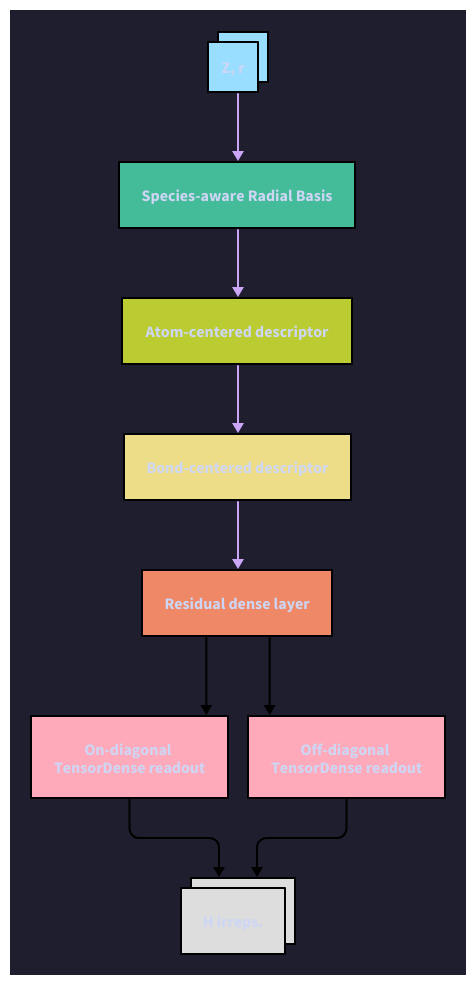
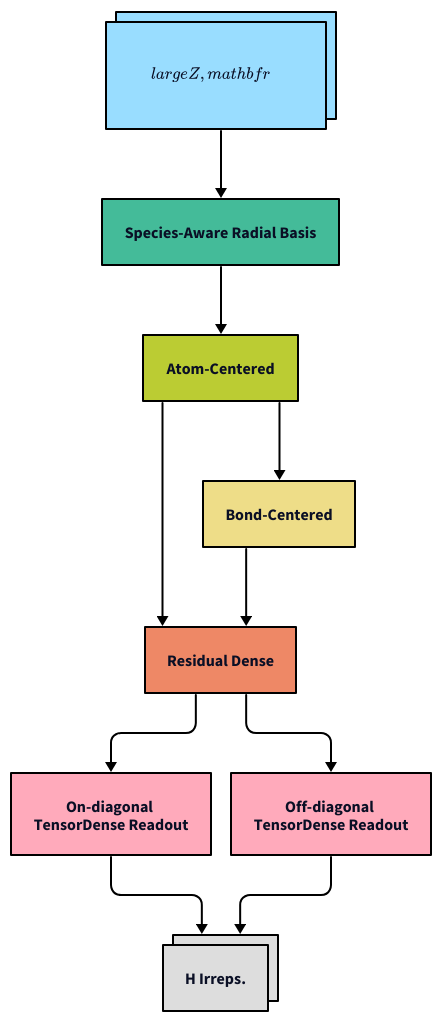
One commit to SamsungDS/gears_h changed the diagram in architecture_figures/0_overview.d2. Above: the diagram before and after it, drawn with D2. The commit also changed 5 other files, not shown here.

Commit message:
Update architecture figures

```diff
--- a/architecture_figures/0_overview.d2
+++ b/architecture_figures/0_overview.d2
@@ -1,104 +1,108 @@
 vars: {
-    d2-config: {
-      layout-engine: elk
-      theme-id: 200
-    }
+  d2-config: {
+    layout-engine: elk
+    # theme-id: 200
+    pad: 10
+  }
 }
 
 # ins: {equation: |latex 
 #         Z_i, Z_j, r_{ij}|
 # }
-ins: Z, r
-ins.class: input
-sarb: Species-aware Radial Basis {class: sarb}
-ac: Atom-centered descriptor {class: ac}
-bc: Bond-centered descriptor {class: bc}
-rd: Residual dense layer {class: rd}
-ondro: On-diagonal \nTensorDense readout {class: ro}
-offdro: Off-diagonal \nTensorDense readout {class: ro}
-outs: H irreps. {class: outs}
+ins: {
+  label: ""
+  equation: |latex
+    \large{Z,\ \mathbf{r}}
+  |
+  class: input
+}
+# ins.class: input
+sarb: Species-Aware Radial Basis {class: sarb}
+ac: Atom-Centered {class: ac}
+bc: Bond-Centered {class: bc}
+rd: Residual Dense {class: rd}
+ondro: On-diagonal \nTensorDense Readout {class: ro}
+offdro: Off-diagonal \nTensorDense Readout {class: ro}
+outs: H Irreps. {class: outs}
 # sarb.class: sarb
 
-ins -> sarb -> ac -> bc -> rd 
+ac -> rd: {style: {stroke: "#000000"}}
+ins -> sarb -> ac -> bc -> rd: {style: {stroke: "#000000"}}
 rd -> ondro -> outs: {style: {stroke: "#000000"}}
 rd -> offdro -> outs: {style: {stroke: "#000000"}}
 # sarb -> ac: {style: {stroke: "#000000"}}
 # ac -> bc: {style: {stroke: "#000000"}}
 # bc -> rd
 
-
-
 classes: {
-    empty: {
-            label: ""
-            width: 50
-            height: 50
-            style: {
-                fill: transparent
-                stroke: transparent
-            }
+  empty: {
+    label: ""
+    width: 50
+    height: 50
+    style: {
+      fill: transparent
+      stroke: transparent
     }
-    sarb: {
-        style: {
-            fill: "#44BB99"
-            stroke: "#000000"
-        }
+  }
+  sarb: {
+    style: {
+      fill: "#44BB99"
+      stroke: "#000000"
     }
-    ac: {
-        style: {
-            fill: "#BBCC33"
-            stroke: "#000000"
-        }
+  }
+  ac: {
+    style: {
+      fill: "#BBCC33"
+      stroke: "#000000"
     }
-    bc: {
-        style: {
-            fill: "#EEDD88"
-            stroke: "#000000"
-        }
+  }
+  bc: {
+    style: {
+      fill: "#EEDD88"
+      stroke: "#000000"
     }
-    rd: {
-        style: {
-            fill: "#EE8866"
-            stroke: "#000000"
-        }
+  }
+  rd: {
+    style: {
+      fill: "#EE8866"
+      stroke: "#000000"
     }
-    ro: {
-        style: {
-            fill: "#FFAABB"
-            stroke: "#000000"
-        }
+  }
+  ro: {
+    style: {
+      fill: "#FFAABB"
+      stroke: "#000000"
     }
-    outs: {
-        style: {
-            fill: "#DDDDDD"
-            stroke: "#000000"
-            multiple: true
-        }
+  }
+  outs: {
+    style: {
+      fill: "#DDDDDD"
+      stroke: "#000000"
+      multiple: true
     }
-    input : {
-        # label: ""
-        width: 50
-        height: 50
-        style: {
-            fill: "#99DDFF"
-            stroke: "#000000"
-            multiple: true
-        }
+  }
+  input: {
+    # label: ""
+    width: 50
+    height: 50
+    style: {
+      fill: "#99DDFF"
+      stroke: "#000000"
+      multiple: true
     }
+  }
 }
-
-
 
 # if colorset == 'light':
 #     cset = namedtuple('Lcset',
 #                     'light_blue orange    light_yellow pink    light_cyan 
 #                      mint      pear       olive      pale_grey black')
 #         return cset('#77AADD', '#EE8866', '#EEDD88', '#FFAABB', '#99DDFF',
 #                     '#44BB99', '#BBCC33', '#AAAA00', '#DDDDDD', '#000000')
 
 # if colorset == 'bright':
 #         cset = namedtuple('Bcset',
 #                     'blue      red        green      yellow     cyan
 #                     purple     grey       black')
 #         return cset('#4477AA', '#EE6677', '#228833', '#CCBB44', '#66CCEE',
 #                     '#AA3377', '#BBBBBB', '#000000')
```
